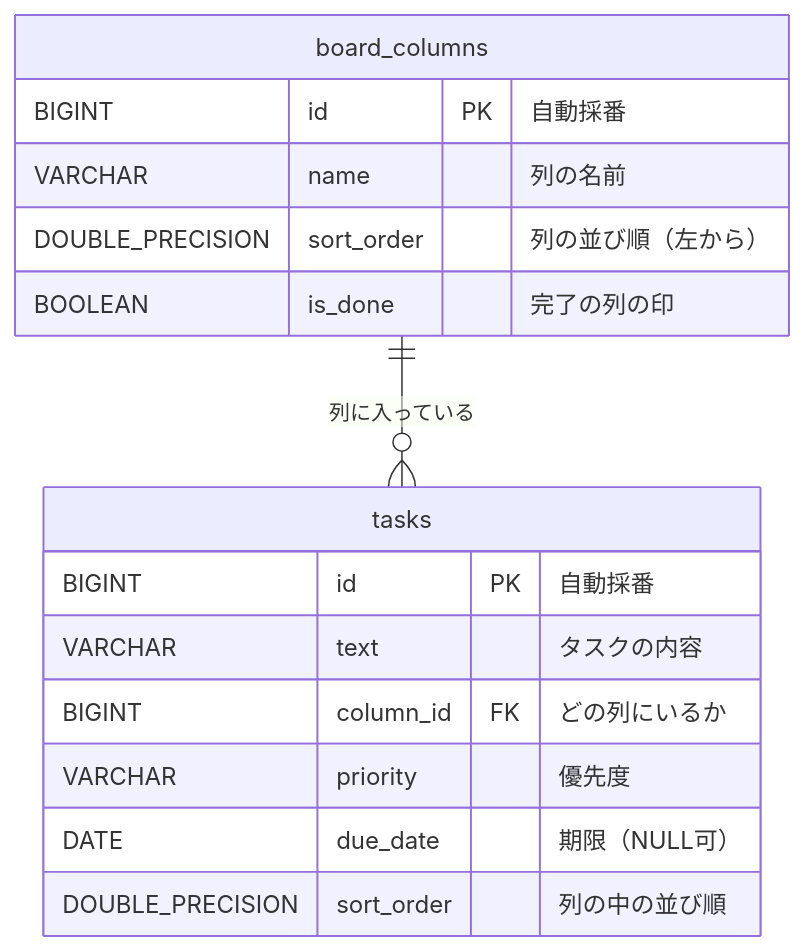
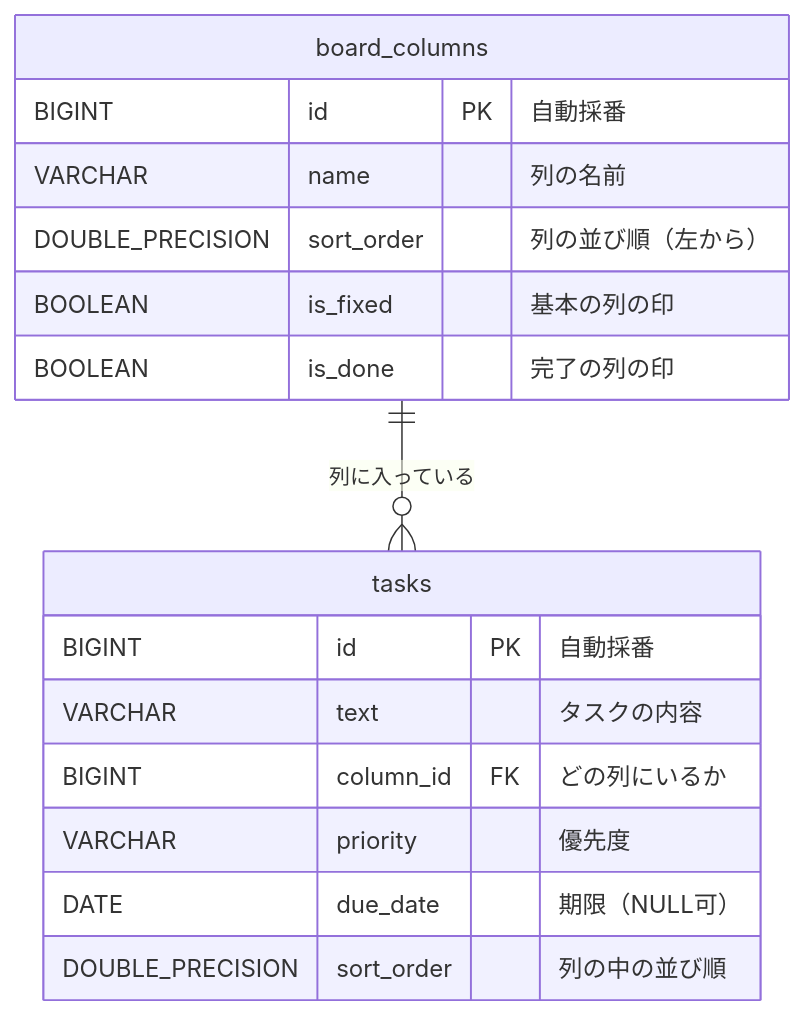
One commit to pirishiki/taskmanagement changed the diagram in backend/DB設計書.md. Above: the diagram before and after it, drawn with Mermaid. The commit also changed other lines of this file and 17 other files, not shown here.

````diff
--- a/backend/DB設計書.md
+++ b/backend/DB設計書.md
@@ -9,18 +9,19 @@
 ```mermaid
 erDiagram
     board_columns ||--o{ tasks : "列に入っている"
     board_columns {
         BIGINT id PK "自動採番"
         VARCHAR name "列の名前"
         DOUBLE_PRECISION sort_order "列の並び順（左から）"
+        BOOLEAN is_fixed "基本の列の印"
         BOOLEAN is_done "完了の列の印"
     }
     tasks {
         BIGINT id PK "自動採番"
         VARCHAR text "タスクの内容"
         BIGINT column_id FK "どの列にいるか"
         VARCHAR priority "優先度"
         DATE due_date "期限（NULL可）"
         DOUBLE_PRECISION sort_order "列の中の並び順"
     }
 ```
````
